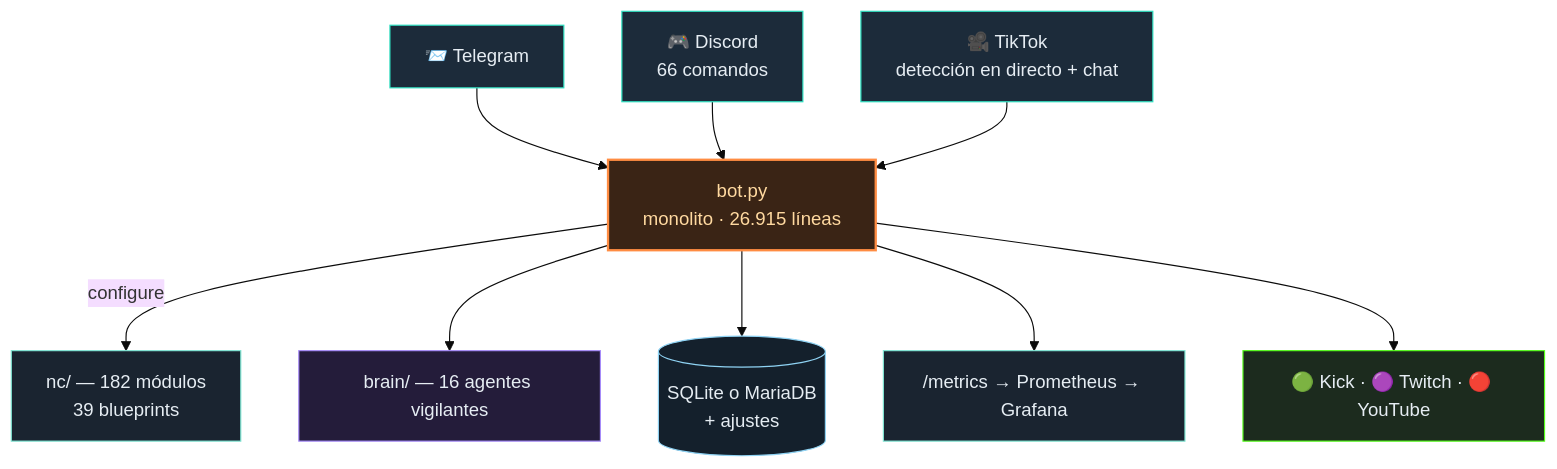
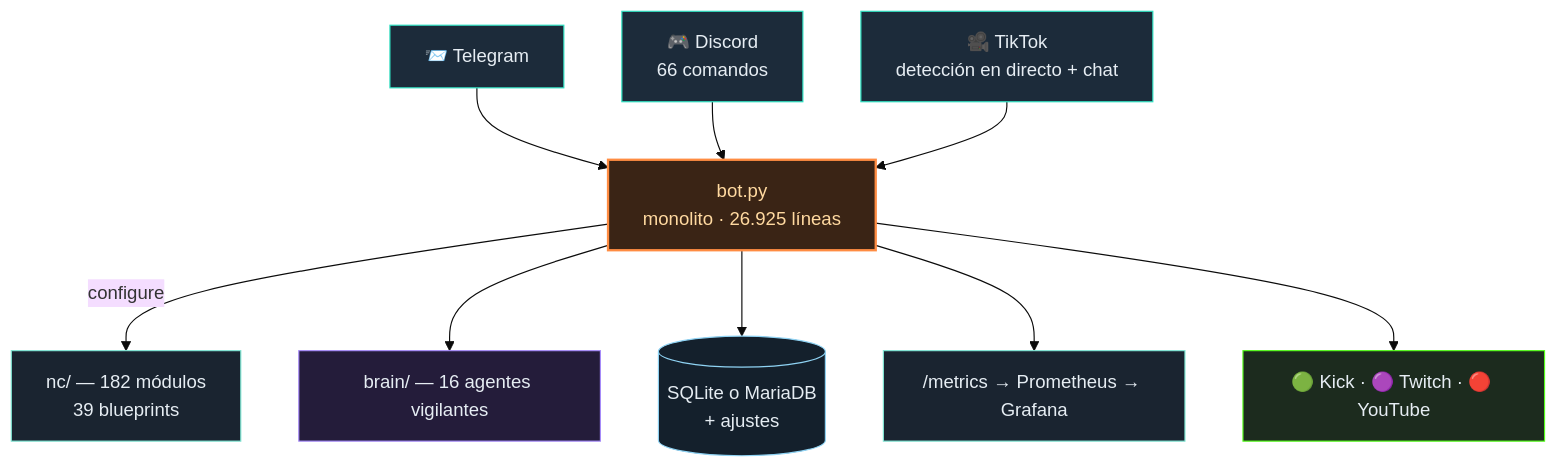
Before and after one commit to itsamemedev/Telegram-Stream-Info-Bot: the diagram in README.es.md, drawn with Mermaid (base theme). The commit also changed other lines of this file and 12 other files, not shown here.

````diff
--- a/README.es.md
+++ b/README.es.md
@@ -64,18 +64,18 @@
 ```mermaid
 flowchart TB
     TG["📨 Telegram"]:::ein --> BOT
     DC["🎮 Discord<br/>66 comandos"]:::ein --> BOT
     TT["🎥 TikTok<br/>detección en directo + chat"]:::ein --> BOT
-    BOT["bot.py<br/>monolito · 26.915 líneas"]:::core
+    BOT["bot.py<br/>monolito · 26.925 líneas"]:::core
     BOT -->|configure| NC["nc/ — 182 módulos<br/>39 blueprints"]:::lib
     BOT --> BRAIN["brain/ — 16 agentes vigilantes"]:::brain
     BOT --> DB[("SQLite o MariaDB<br/>+ ajustes")]:::db
     BOT --> PROM["/metrics → Prometheus → Grafana"]:::lib
     BOT --> OUT["🟢 Kick · 🟣 Twitch · 🔴 YouTube"]:::out
     classDef ein fill:#1c2b3a,stroke:#2de1c2,color:#e6edf3
     classDef core fill:#3a2415,stroke:#ff8c42,stroke-width:2px,color:#ffd9a0
     classDef lib fill:#1a2430,stroke:#7fe7d4,color:#e6edf3
     classDef brain fill:#241c3a,stroke:#a78bfa,color:#e6edf3
     classDef db fill:#14202c,stroke:#8fd3f4,color:#e6edf3
     classDef out fill:#1c2b1e,stroke:#53fc18,color:#e6edf3
 ```
````
